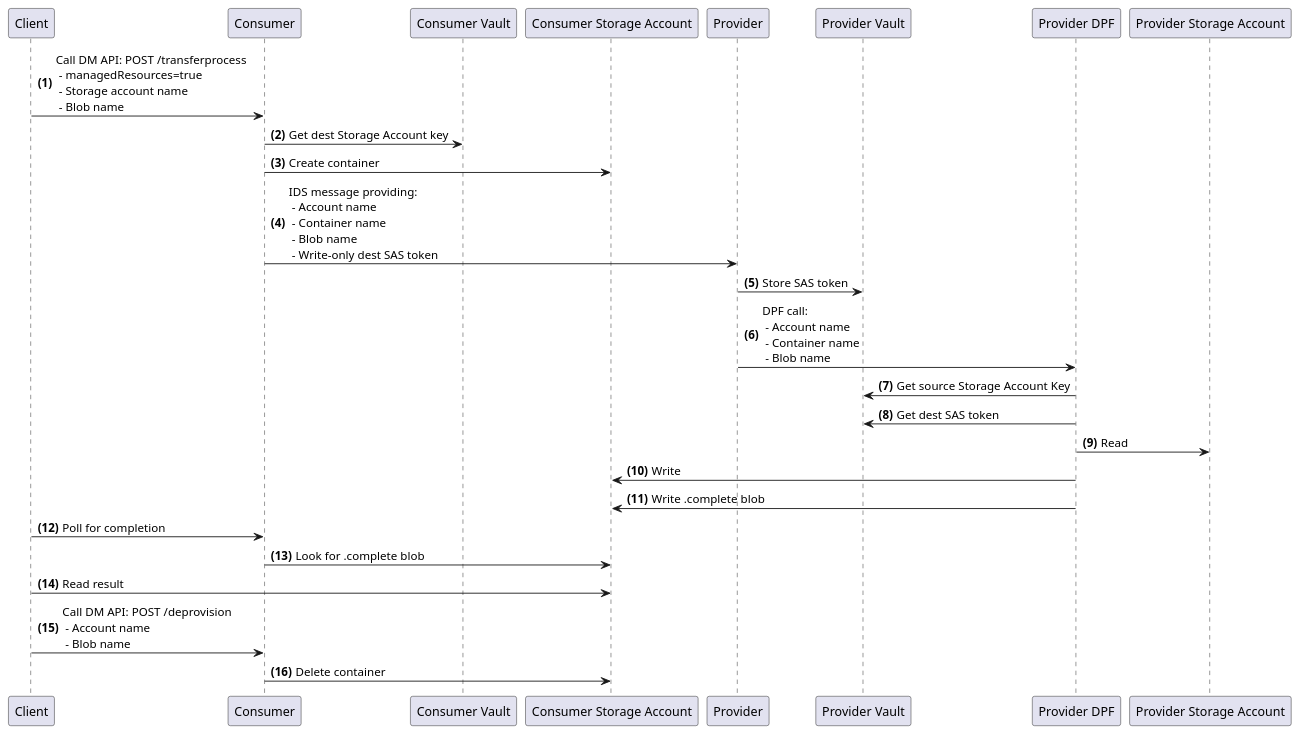
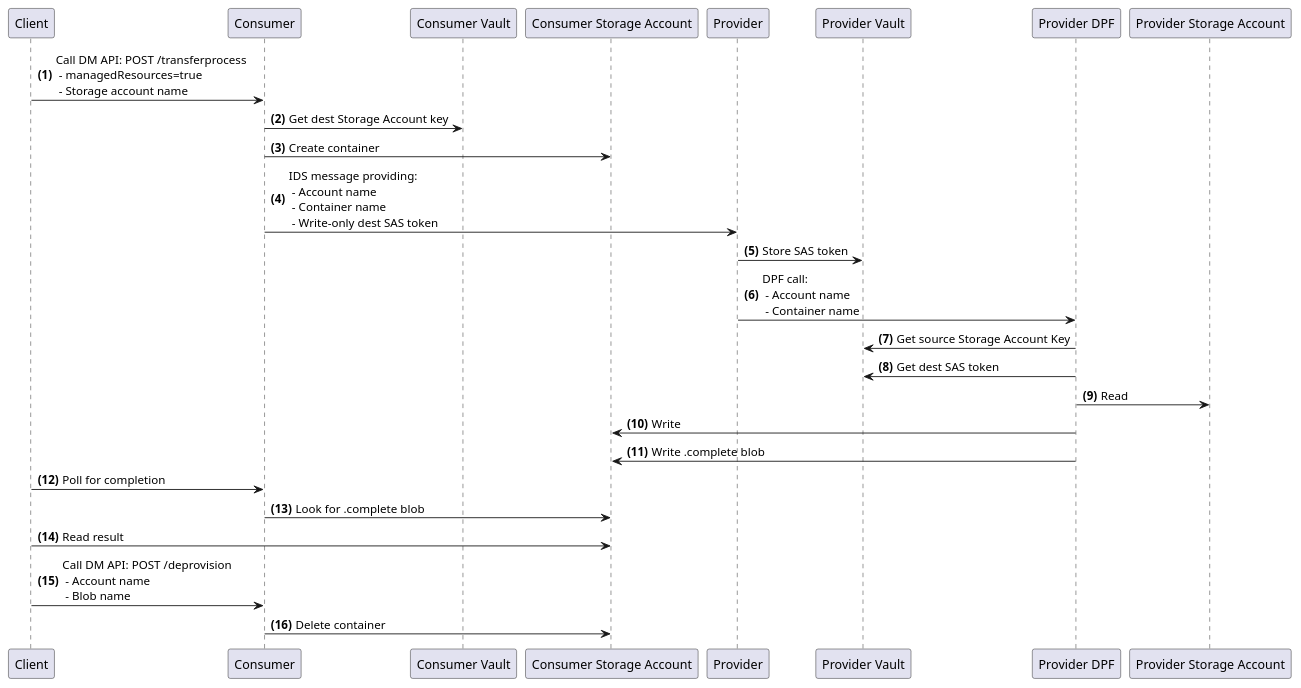
Before and after one commit to agera-edc/DataSpaceConnector: the diagram in docs/diagrams/blob-transfer.puml, drawn with PlantUML.

Commit message:
Removed blob name.

```diff
--- a/docs/diagrams/blob-transfer.puml
+++ b/docs/diagrams/blob-transfer.puml
@@ -15,19 +15,19 @@
 @startuml
 autonumber "<b>(0)"
-Client -> Consumer: Call DM API: POST /transferprocess \n - managedResources=true\n - Storage account name \n - Blob name
+Client -> Consumer: Call DM API: POST /transferprocess \n - managedResources=true\n - Storage account name
 Consumer -> "Consumer Vault": Get dest Storage Account key
 Consumer -> "Consumer Storage Account": Create container
-Consumer -> Provider: IDS message providing: \n - Account name \n - Container name \n - Blob name \n - Write-only dest SAS token
+Consumer -> Provider: IDS message providing: \n - Account name \n - Container name \n - Write-only dest SAS token
 Provider -> "Provider Vault": Store SAS token
-Provider -> "Provider DPF": DPF call: \n - Account name \n - Container name \n - Blob name
+Provider -> "Provider DPF": DPF call: \n - Account name \n - Container name
 "Provider DPF" -> "Provider Vault": Get source Storage Account Key
 "Provider DPF" -> "Provider Vault": Get dest SAS token
 "Provider DPF" -> "Provider Storage Account": Read
 "Provider DPF" -> "Consumer Storage Account": Write
 "Provider DPF" -> "Consumer Storage Account": Write .complete blob
 Client -> Consumer: Poll for completion
 Consumer -> "Consumer Storage Account": Look for .complete blob
 Client -> "Consumer Storage Account": Read result
 Client -> "Consumer": Call DM API: POST /deprovision \n - Account name \n - Blob name
 Consumer -> "Consumer Storage Account": Delete container
 @enduml
```
